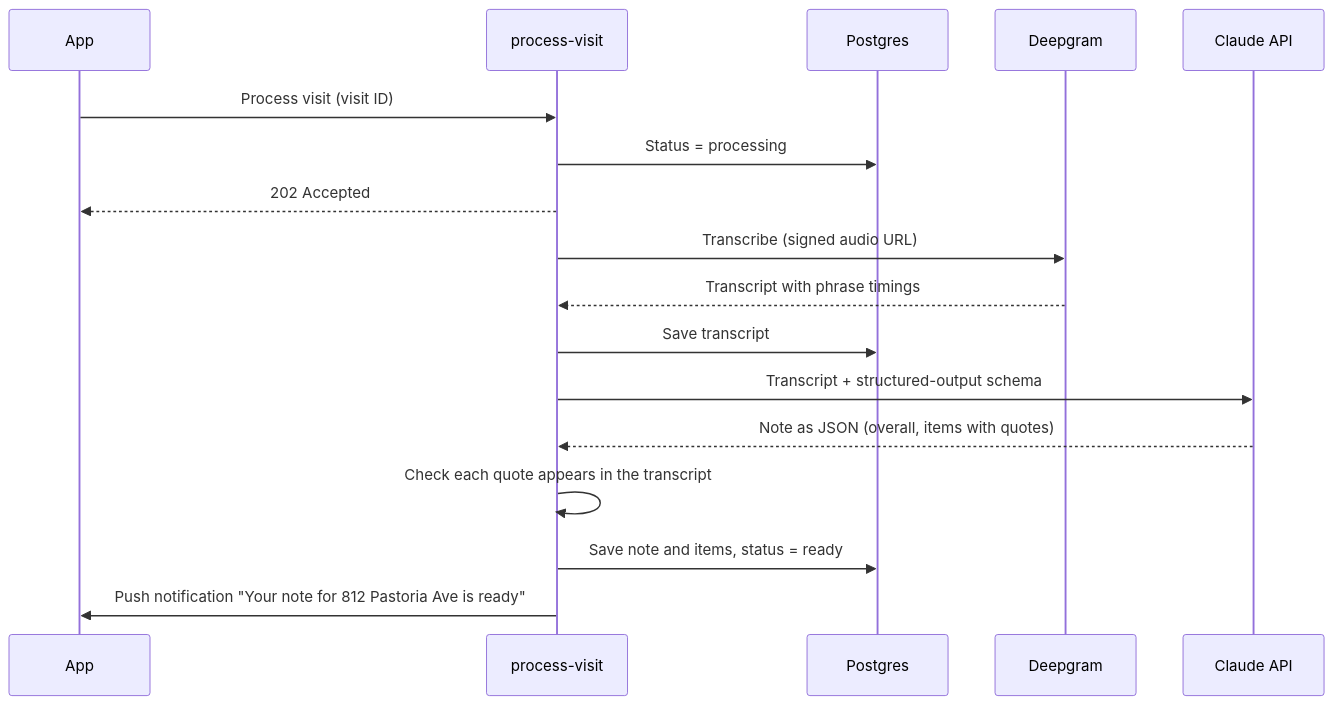
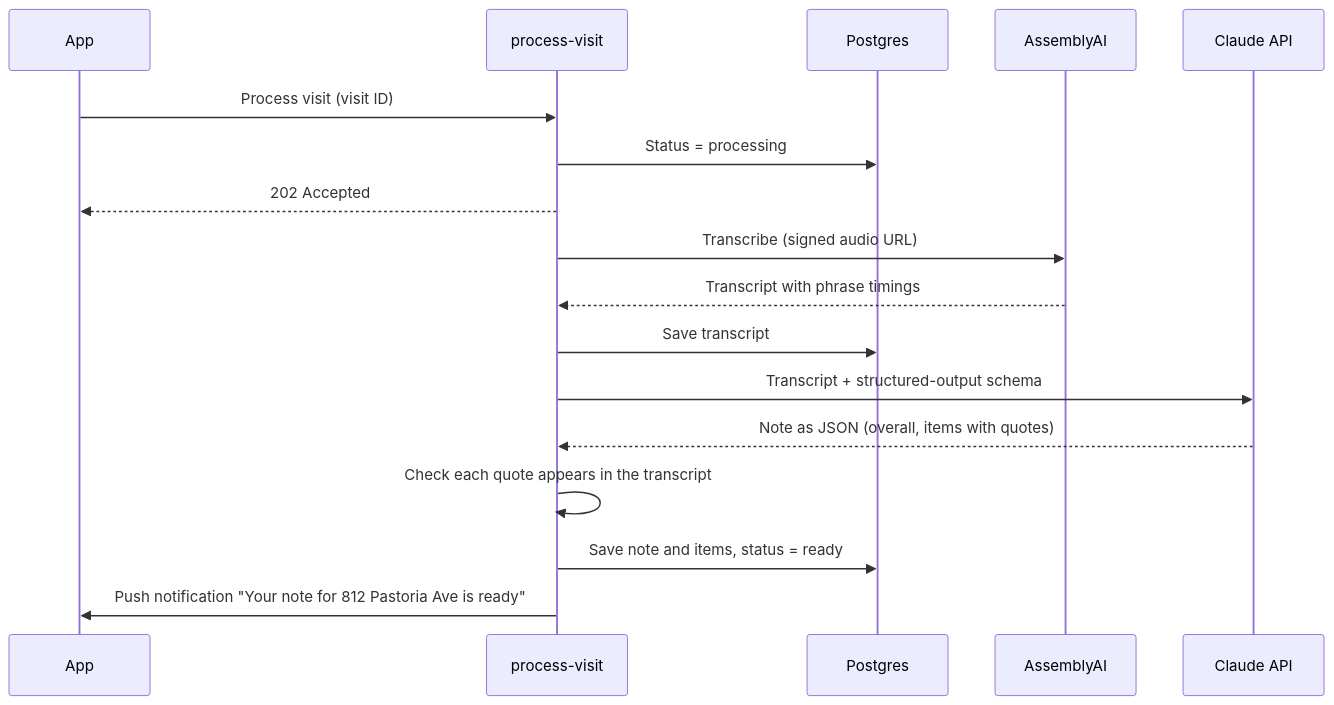
One commit to shawlu95/nexx_tour_intelligence changed the second of 2 diagrams in README.md. Above: the diagram before and after it, drawn with Mermaid. The commit also changed other lines of this file and 10 other files, not shown here.

````diff
--- a/README.md
+++ b/README.md
@@ -220,19 +220,19 @@
 ```mermaid
 sequenceDiagram
   participant App
   participant Fn as process-visit
   participant DB as Postgres
-  participant STT as Deepgram
+  participant STT as AssemblyAI
   participant AI as Claude API
   App->>Fn: Process visit (visit ID)
   Fn->>DB: Status = processing
   Fn-->>App: 202 Accepted
   Fn->>STT: Transcribe (signed audio URL)
   STT-->>Fn: Transcript with phrase timings
   Fn->>DB: Save transcript
   Fn->>AI: Transcript + structured-output schema
   AI-->>Fn: Note as JSON (overall, items with quotes)
   Fn->>Fn: Check each quote appears in the transcript
   Fn->>DB: Save note and items, status = ready
   Fn->>App: Push notification "Your note for 812 Pastoria Ave is ready"
 ```
````
